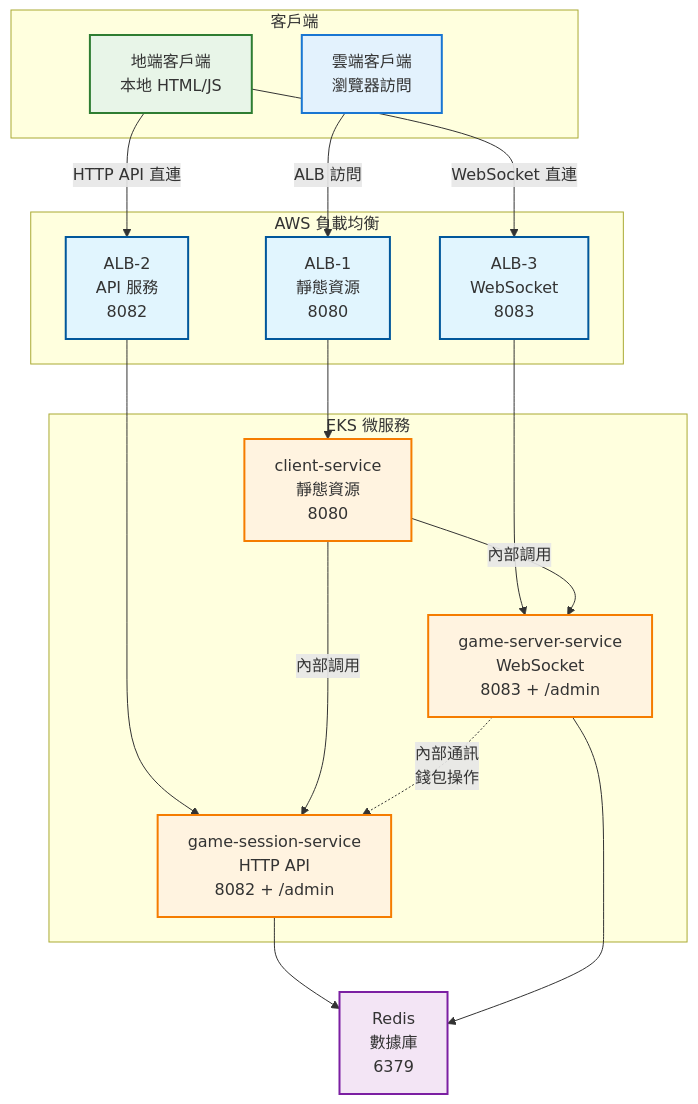
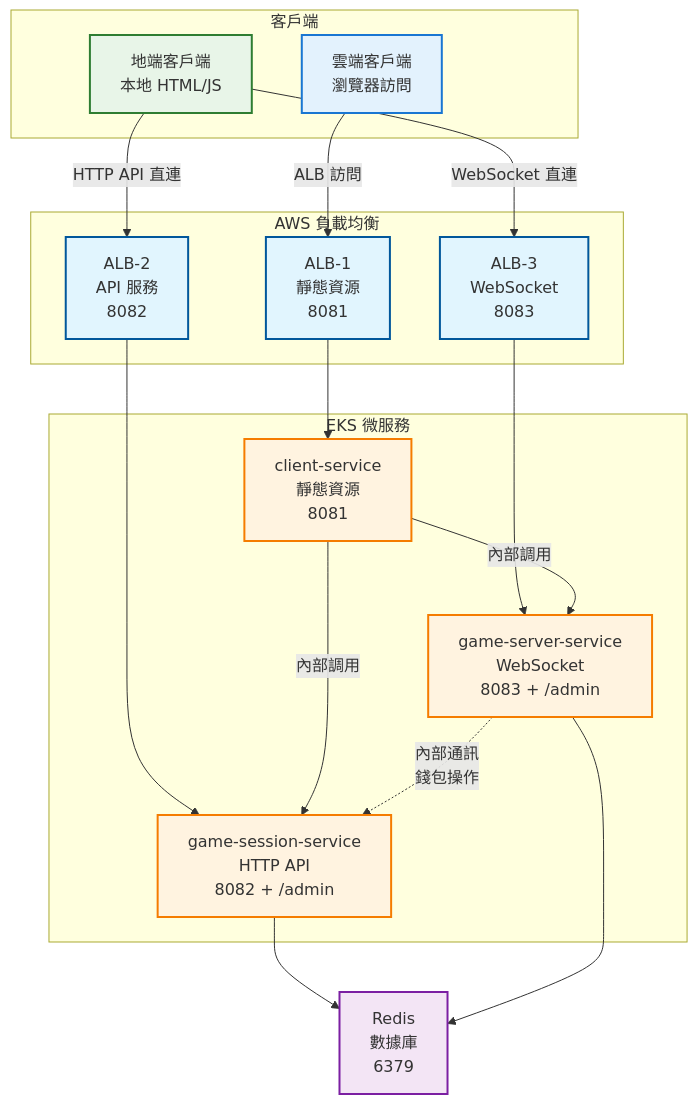
One commit to hoycdanny/fish-machine-workshop changed the diagram in README.md. Above: the diagram before and after it, drawn with Mermaid. The commit also changed other lines of this file and 4 other files, not shown here.

````diff
--- a/README.md
+++ b/README.md
@@ -20,50 +20,50 @@
 ```mermaid
 graph TB
     subgraph Client["客戶端"]
         LocalClient["地端客戶端<br/>本地 HTML/JS"]
         CloudClient["雲端客戶端<br/>瀏覽器訪問"]
     end
     
     subgraph "AWS 負載均衡"
-        ALB1["ALB-1<br/>靜態資源<br/>8080"]
+        ALB1["ALB-1<br/>靜態資源<br/>8081"]
         ALB2["ALB-2<br/>API 服務<br/>8082"]
         ALB3["ALB-3<br/>WebSocket<br/>8083"]
     end
     
     subgraph "EKS 微服務"
-        ClientService["client-service<br/>靜態資源<br/>8080"]
+        ClientService["client-service<br/>靜態資源<br/>8081"]
         GameSessionService["game-session-service<br/>HTTP API<br/>8082 + /admin"]
         GameServerService["game-server-service<br/>WebSocket<br/>8083 + /admin"]
     end
     
     Redis["Redis<br/>數據庫<br/>6379"]
     
     LocalClient -->|HTTP API 直連| ALB2
     LocalClient -->|WebSocket 直連| ALB3
     
     CloudClient -->|ALB 訪問| ALB1
     
     ALB1 --> ClientService
     ALB2 --> GameSessionService
     ALB3 --> GameServerService
     
     ClientService -->|內部調用| GameSessionService
     ClientService -->|內部調用| GameServerService
     
     GameServerService -.->|內部通訊<br/>錢包操作| GameSessionService
     
     GameSessionService --> Redis
     GameServerService --> Redis
     
     classDef local fill:#e8f5e8,stroke:#2e7d32,stroke-width:2px
     classDef cloud fill:#e3f2fd,stroke:#1976d2,stroke-width:2px
     classDef alb fill:#e1f5fe,stroke:#01579b,stroke-width:2px
     classDef service fill:#fff3e0,stroke:#f57c00,stroke-width:2px
     classDef data fill:#f3e5f5,stroke:#7b1fa2,stroke-width:2px
     
     class LocalClient local
     class CloudClient cloud
     class ALB1,ALB2,ALB3 alb
     class ClientService,GameSessionService,GameServerService service
     class Redis data
 ```
````
